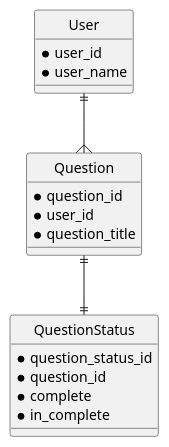
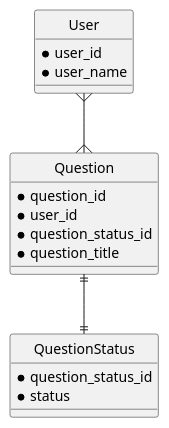
Before and after one commit to qara70/firestore-no-sql: the diagram in plant-uml/er-figure.pu, drawn with PlantUML.

```diff
--- a/plant-uml/er-figure.pu
+++ b/plant-uml/er-figure.pu
@@ -1,26 +1,25 @@
 @startuml
 
 hide circle
 
 entity "User" {
   *user_id
   *user_name
 }
 
 entity "Question" {
   *question_id
   *user_id
+  *question_status_id
   *question_title
 }
 
 entity "QuestionStatus" {
   *question_status_id
-  *question_id
-  *complete
-  *in_complete
+  *status
 }
 
-User||--{Question
+User}--{Question
 Question||--||QuestionStatus
 
 @enduml
```
